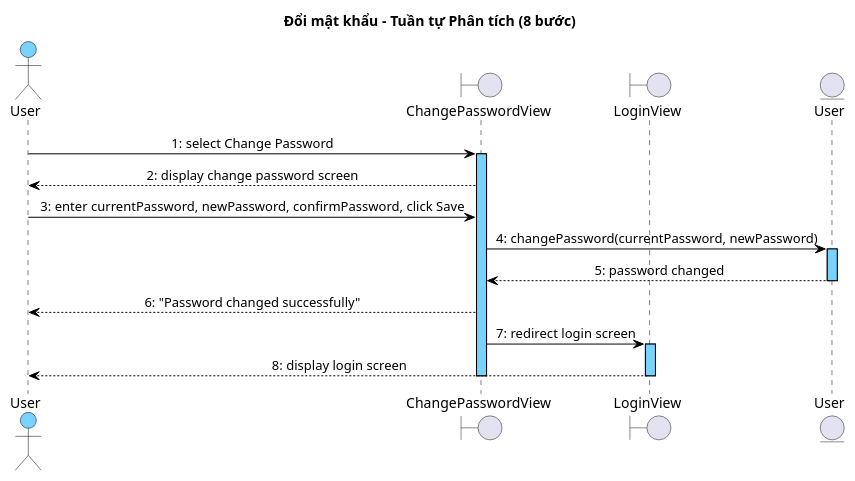
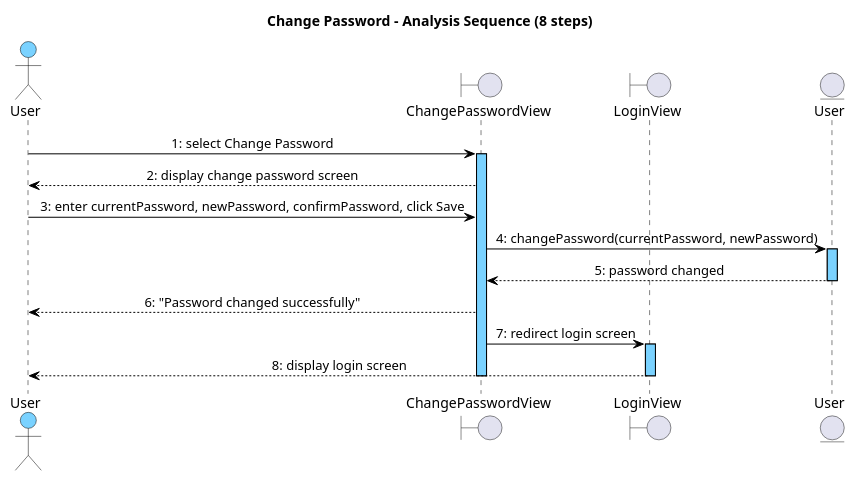
Before and after one commit to thanhtrnnn/cnpm: the fifth of 7 diagrams in docs/tabs/account/ii-analysis.md, drawn with PlantUML. The commit also changed other lines of this file and 13 other files, not shown here.

First line of the commit message:
fix: English-only sequence diagrams + independent abstractNum per numbered list

````diff
--- a/docs/tabs/account/ii-analysis.md
+++ b/docs/tabs/account/ii-analysis.md
@@ -560,45 +560,45 @@
 ```plantuml
 @startuml
 skinparam shadowing false
 skinparam SequenceMessageAlign left
 skinparam sequenceMessageAlign center
 skinparam sequenceArrowThickness 1
 skinparam sequenceLifeLineBorderColor #000000
 skinparam sequenceLifeLineBackgroundColor #7AD2FF
 skinparam sequenceParticipantBackgroundColor #7AD2FF
 skinparam sequenceParticipantBorderColor #000000
 skinparam sequenceParticipantFontColor #000000
 skinparam sequenceArrowColor #000000
 skinparam sequenceArrowFontColor #000000
 skinparam sequenceGroupBorderColor #000000
 skinparam sequenceGroupBackgroundColor #DDEEFF
 skinparam sequenceDividerBorderColor #000000
 skinparam sequenceDividerBackgroundColor #DDEEFF
 skinparam sequenceMessageFontColor #000000
 skinparam sequenceMessageFontSize 10
 skinparam sequenceActorBorderColor #000000
 skinparam sequenceActorBackgroundColor #7AD2FF
 skinparam sequenceActorFontColor #000000
-title Đổi mật khẩu – Tuần tự Phân tích (8 bước)
+title Change Password – Analysis Sequence (8 steps)
 
 actor "User" as Actor
 boundary ChangePasswordView as B1
 boundary LoginView as B2
 entity User as E1
 
 Actor -> B1 : 1: select Change Password
 activate B1
 B1 --> Actor : 2: display change password screen
 Actor -> B1 : 3: enter currentPassword, newPassword, confirmPassword, click Save
 B1 -> E1 : 4: changePassword(currentPassword, newPassword)
 activate E1
 E1 --> B1 : 5: password changed
 deactivate E1
 B1 --> Actor : 6: "Password changed successfully"
 B1 -> B2 : 7: redirect login screen
 activate B2
 B2 --> Actor : 8: display login screen
 deactivate B2
 deactivate B1
 @enduml
 ```
````
